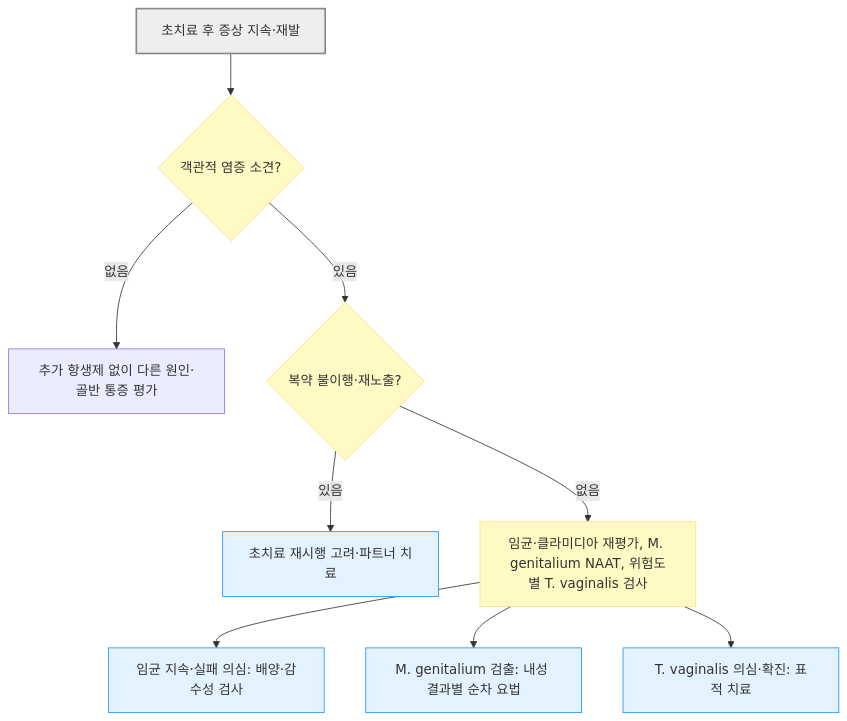
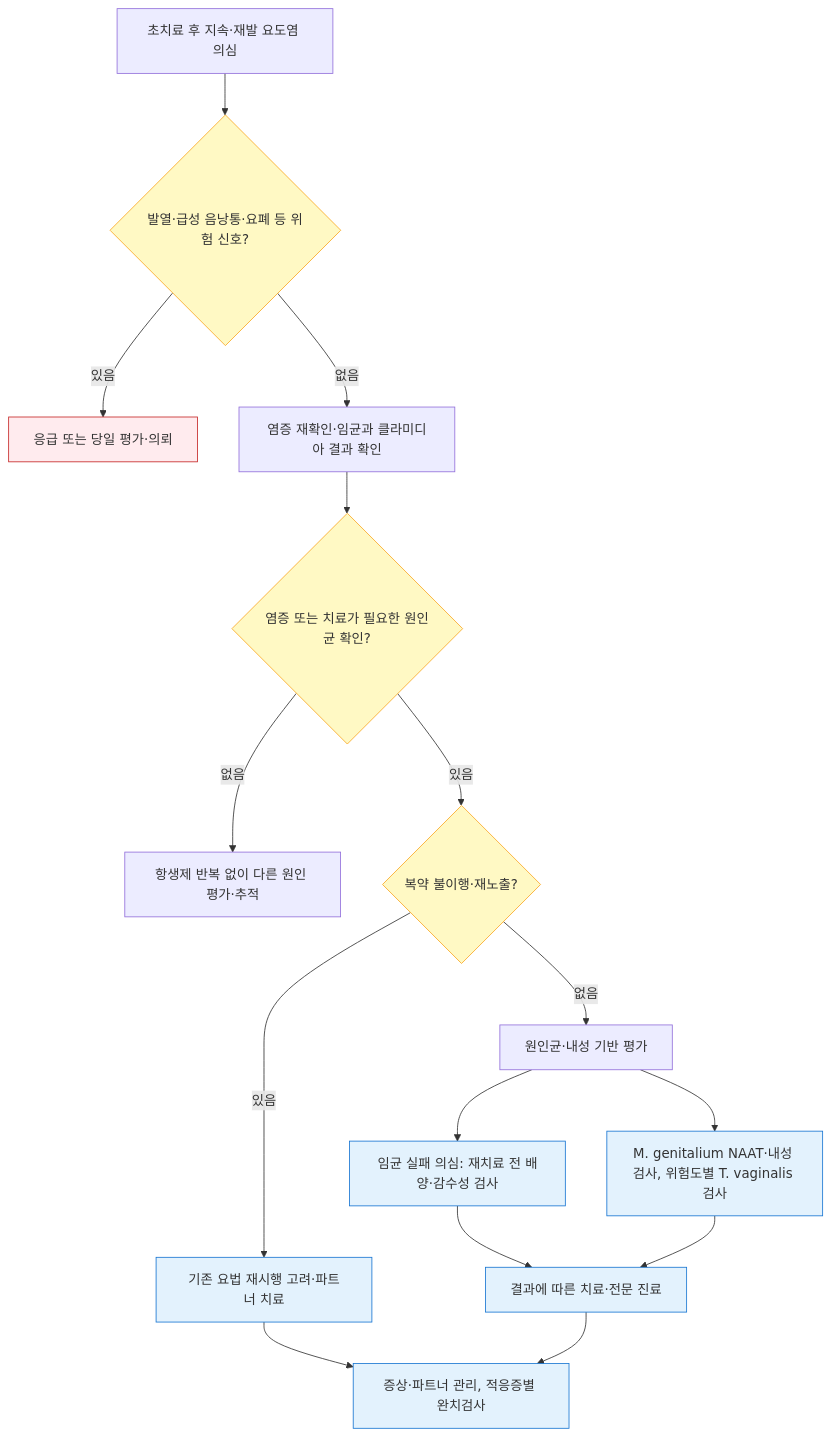
The diagram in 227_/115_-urethritis.md (familyoh77/familyoh77), drawn with Mermaid before and after one commit. The commit also changed other lines of this file and 7 other files, not shown here.

````diff
--- a/227_/115_-urethritis.md
+++ b/227_/115_-urethritis.md
@@ -147,16 +120,23 @@
 ```mermaid
 flowchart TD
-    A["초치료 후 증상 지속·재발"] --> B{"객관적 염증 소견?"}
-    B -- 없음 --> C["추가 항생제 없이 다른 원인·골반 통증 평가"]
-    B -- 있음 --> D{"복약 불이행·재노출?"}
-    D -- 있음 --> E["초치료 재시행 고려·파트너 치료"]
-    D -- 없음 --> F["임균·클라미디아 재평가, M. genitalium NAAT, 위험도별 T. vaginalis 검사"]
-    F --> G["임균 지속·실패 의심: 배양·감수성 검사"]
-    F --> H["M. genitalium 검출: 내성 결과별 순차 요법"]
-    F --> I["T. vaginalis 의심·확진: 표적 치료"]
-    style A fill:#eeeeee,stroke:#888888,stroke-width:2px
-    classDef yellow fill:#fff9c4,stroke:#ffe082
-    class B,D,F yellow
-    classDef sky fill:#e3f2ff,stroke:#2196f3
-    class E,G,H,I sky
+    A["초치료 후 지속·재발 요도염 의심"] --> B{"발열·급성 음낭통·요폐 등 위험 신호?"}
+    B -- 있음 --> C["응급 또는 당일 평가·의뢰"]
+    B -- 없음 --> D["염증 재확인·임균과 클라미디아 결과 확인"]
+    D --> E{"염증 또는 치료가 필요한 원인균 확인?"}
+    E -- 없음 --> F["항생제 반복 없이 다른 원인 평가·추적"]
+    E -- 있음 --> G{"복약 불이행·재노출?"}
+    G -- 있음 --> H["기존 요법 재시행 고려·파트너 치료"]
+    G -- 없음 --> I["원인균·내성 기반 평가"]
+    I --> J["임균 실패 의심: 재치료 전 배양·감수성 검사"]
+    I --> K["M. genitalium NAAT·내성 검사, 위험도별 T. vaginalis 검사"]
+    J --> L["결과에 따른 치료·전문 진료"]
+    K --> L
+    H --> M["증상·파트너 관리, 적응증별 완치검사"]
+    L --> M
+    classDef danger fill:#ffebee,stroke:#c62828
+    classDef decision fill:#fff9c4,stroke:#f9a825
+    classDef action fill:#e3f2fd,stroke:#1976d2
+    class B,E,G decision
+    class C danger
+    class H,J,K,L,M action
 ```
````
